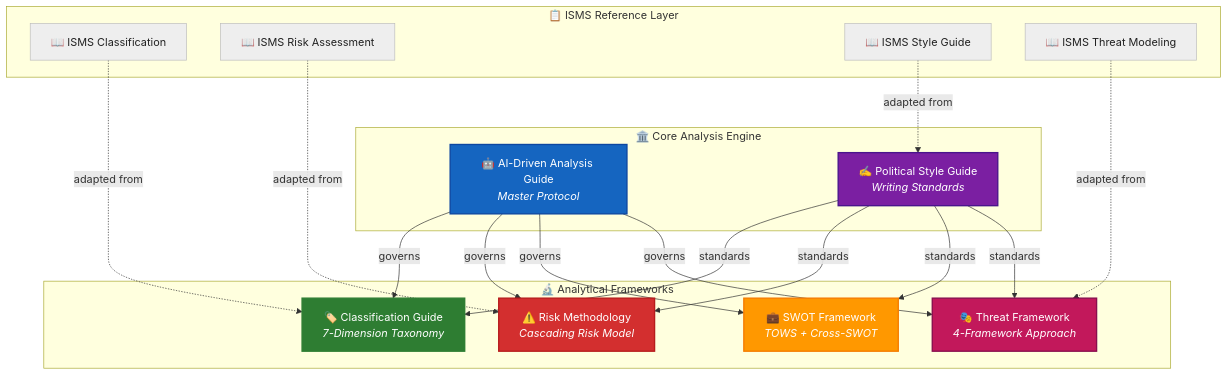
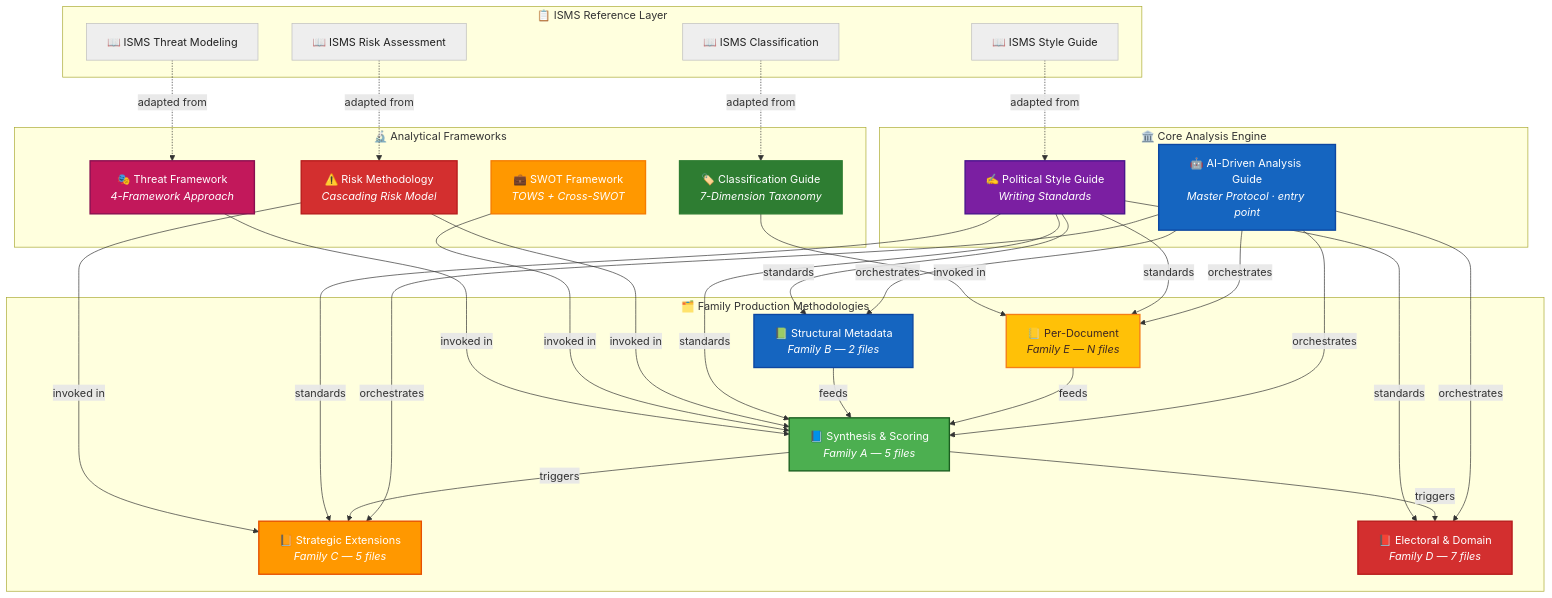
Before and after one commit to Hack23/riksdagsmonitor: the third of 11 diagrams in analysis/methodologies/README.md, drawn with Mermaid. The commit also changed other lines of this file and 7 other files, not shown here.

First line of the commit message:
Add 5 Family A-E methodology docs; wire methodology↔template↔guide

````diff
--- a/analysis/methodologies/README.md
+++ b/analysis/methodologies/README.md
@@ -211,45 +216,73 @@
 ```mermaid
 graph TB
     subgraph "🏛️ Core Analysis Engine"
-        GUIDE["🤖 AI-Driven Analysis Guide<br/><i>Master Protocol</i>"]
+        GUIDE["🤖 AI-Driven Analysis Guide<br/><i>Master Protocol · entry point</i>"]
         STYLE["✍️ Political Style Guide<br/><i>Writing Standards</i>"]
+    end
+
+    subgraph "🗂️ Family Production Methodologies"
+        FAMA["📘 Synthesis & Scoring<br/><i>Family A — 5 files</i>"]
+        FAMB["📗 Structural Metadata<br/><i>Family B — 2 files</i>"]
+        FAMC["📙 Strategic Extensions<br/><i>Family C — 5 files</i>"]
+        FAMD["📕 Electoral & Domain<br/><i>Family D — 7 files</i>"]
+        FAME["📒 Per-Document<br/><i>Family E — N files</i>"]
     end
 
     subgraph "🔬 Analytical Frameworks"
         CLASS["🏷️ Classification Guide<br/><i>7-Dimension Taxonomy</i>"]
         RISK["⚠️ Risk Methodology<br/><i>Cascading Risk Model</i>"]
         SWOT["💼 SWOT Framework<br/><i>TOWS + Cross-SWOT</i>"]
         THREAT["🎭 Threat Framework<br/><i>4-Framework Approach</i>"]
     end
 
     subgraph "📋 ISMS Reference Layer"
         ISMS1["📖 ISMS Classification"]
         ISMS2["📖 ISMS Risk Assessment"]
         ISMS3["📖 ISMS Style Guide"]
         ISMS4["📖 ISMS Threat Modeling"]
     end
 
-    GUIDE -->|"governs"| CLASS
-    GUIDE -->|"governs"| RISK
-    GUIDE -->|"governs"| SWOT
-    GUIDE -->|"governs"| THREAT
-    STYLE -->|"standards"| CLASS
-    STYLE -->|"standards"| RISK
-    STYLE -->|"standards"| SWOT
-    STYLE -->|"standards"| THREAT
+    GUIDE -->|"orchestrates"| FAMA
+    GUIDE -->|"orchestrates"| FAMB
+    GUIDE -->|"orchestrates"| FAMC
+    GUIDE -->|"orchestrates"| FAMD
+    GUIDE -->|"orchestrates"| FAME
+
+    FAME -->|"feeds"| FAMA
+    FAMB -->|"feeds"| FAMA
+    FAMA -->|"triggers"| FAMC
+    FAMA -->|"triggers"| FAMD
+
+    STYLE -->|"standards"| FAMA
+    STYLE -->|"standards"| FAMB
+    STYLE -->|"standards"| FAMC
+    STYLE -->|"standards"| FAMD
+    STYLE -->|"standards"| FAME
+
+    CLASS -->|"invoked in"| FAME
+    RISK -->|"invoked in"| FAMA
+    RISK -->|"invoked in"| FAMC
+    SWOT -->|"invoked in"| FAMA
+    THREAT -->|"invoked in"| FAMA
+
     ISMS1 -.->|"adapted from"| CLASS
     ISMS2 -.->|"adapted from"| RISK
     ISMS3 -.->|"adapted from"| STYLE
     ISMS4 -.->|"adapted from"| THREAT
 
     style GUIDE fill:#1565C0,color:#FFFFFF,stroke:#0D47A1,stroke-width:2px
     style STYLE fill:#7B1FA2,color:#FFFFFF,stroke:#4A148C,stroke-width:2px
+    style FAMA fill:#4CAF50,color:#FFFFFF,stroke:#1B5E20,stroke-width:2px
+    style FAMB fill:#1565C0,color:#FFFFFF,stroke:#0D47A1,stroke-width:2px
+    style FAMC fill:#FF9800,color:#FFFFFF,stroke:#E65100,stroke-width:2px
+    style FAMD fill:#D32F2F,color:#FFFFFF,stroke:#B71C1C,stroke-width:2px
+    style FAME fill:#FFC107,color:#3E2723,stroke:#F57F17,stroke-width:2px
     style CLASS fill:#2E7D32,color:#FFFFFF,stroke:#2E7D32,stroke-width:2px
     style RISK fill:#D32F2F,color:#FFFFFF,stroke:#B71C1C,stroke-width:2px
     style SWOT fill:#FF9800,color:#FFFFFF,stroke:#F57C00,stroke-width:2px
     style THREAT fill:#C2185B,color:#FFFFFF,stroke:#880E4F,stroke-width:2px
     style ISMS1 fill:#EEEEEE,color:#212121,stroke:#BDBDBD
     style ISMS2 fill:#EEEEEE,color:#212121,stroke:#BDBDBD
     style ISMS3 fill:#EEEEEE,color:#212121,stroke:#BDBDBD
     style ISMS4 fill:#EEEEEE,color:#212121,stroke:#BDBDBD
 ```
````
